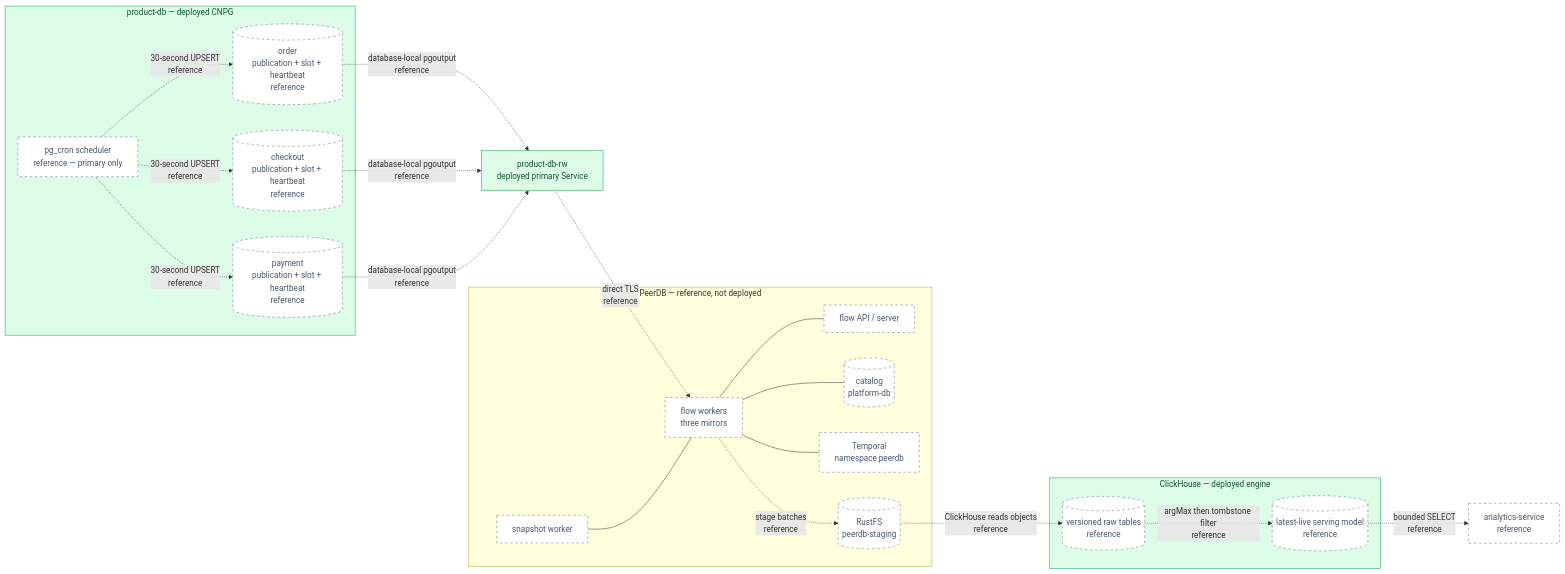
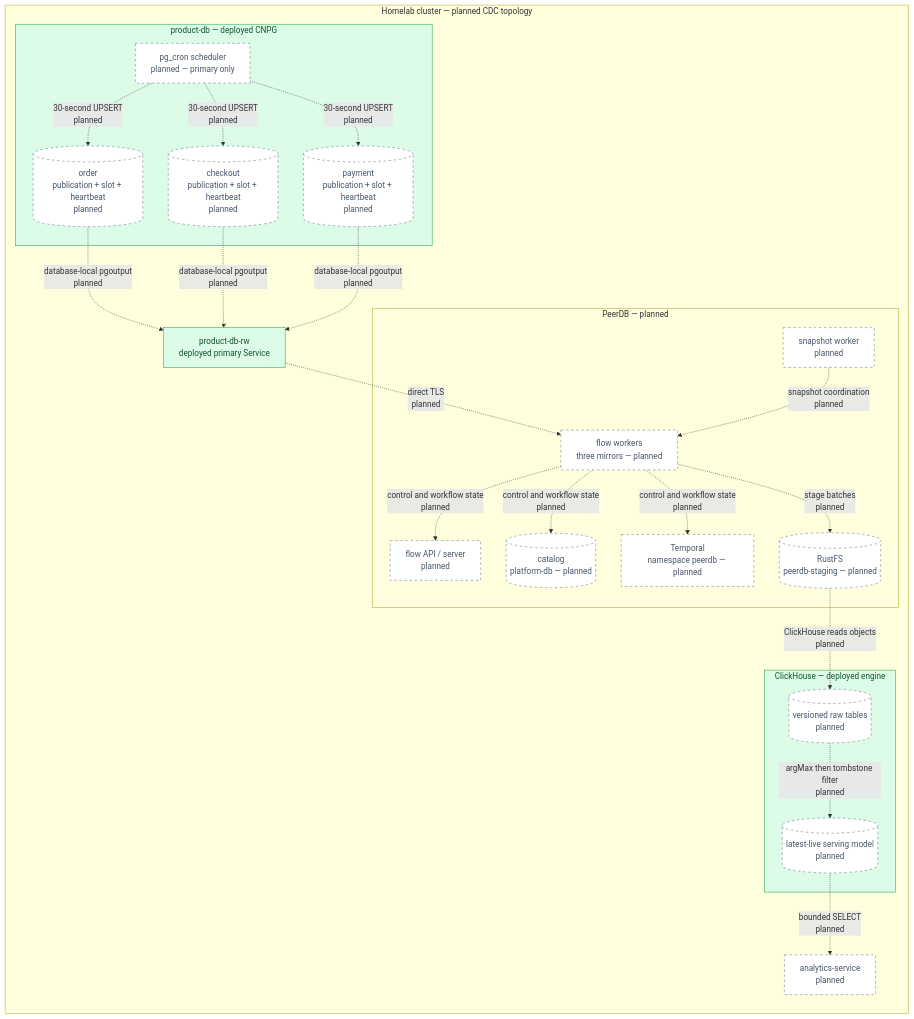
One commit to duynhlab/homelab changed the first of 2 diagrams in docs/proposals/rfc/RFC-0030/research.md. Above: the diagram before and after it, drawn with Mermaid. The commit also changed other lines of this file and 24 other files, not shown here.

````diff
--- a/docs/proposals/rfc/RFC-0030/research.md
+++ b/docs/proposals/rfc/RFC-0030/research.md
@@ -122,42 +126,45 @@
 ```mermaid
 flowchart LR
+  subgraph CLUSTER["Homelab cluster — planned CDC topology"]
   subgraph PG["product-db — deployed CNPG"]
-    CRON["pg_cron scheduler<br/>reference — primary only"]
-    ORD[("order<br/>publication + slot + heartbeat<br/>reference")]
-    CHECK[("checkout<br/>publication + slot + heartbeat<br/>reference")]
-    PAY[("payment<br/>publication + slot + heartbeat<br/>reference")]
+    CRON["pg_cron scheduler<br/>planned — primary only"]
+    ORD[("order<br/>publication + slot + heartbeat<br/>planned")]
+    CHECK[("checkout<br/>publication + slot + heartbeat<br/>planned")]
+    PAY[("payment<br/>publication + slot + heartbeat<br/>planned")]
   end
 
   RW["product-db-rw<br/>deployed primary Service"]
 
-  subgraph PDB["PeerDB — reference, not deployed"]
-    FLOW["flow workers<br/>three mirrors"]
-    SNAP["snapshot worker"]
-    CTRL["flow API / server"]
-    CAT[("catalog<br/>platform-db")]
-    TEMP["Temporal<br/>namespace peerdb"]
-    STAGE[("RustFS<br/>peerdb-staging")]
+  subgraph PDB["PeerDB — planned"]
+    FLOW["flow workers<br/>three mirrors — planned"]
+    SNAP["snapshot worker<br/>planned"]
+    CTRL["flow API / server<br/>planned"]
+    CAT[("catalog<br/>platform-db — planned")]
+    TEMP["Temporal<br/>namespace peerdb — planned"]
+    STAGE[("RustFS<br/>peerdb-staging — planned")]
   end
 
   subgraph CH["ClickHouse — deployed engine"]
-    RAW[("versioned raw tables<br/>reference")]
-    SERVE[("latest-live serving model<br/>reference")]
+    RAW[("versioned raw tables<br/>planned")]
+    SERVE[("latest-live serving model<br/>planned")]
   end
 
-  API["analytics-service<br/>reference"]
+  API["analytics-service<br/>planned"]
 
-  CRON -.->|"30-second UPSERT<br/>reference"| ORD & CHECK & PAY
-  ORD & CHECK & PAY -.->|"database-local pgoutput<br/>reference"| RW
-  RW -.->|"direct TLS<br/>reference"| FLOW
-  SNAP --- FLOW
-  FLOW --- CTRL & CAT & TEMP
-  FLOW -.->|"stage batches<br/>reference"| STAGE
-  STAGE -.->|"ClickHouse reads objects<br/>reference"| RAW
-  RAW -.->|"argMax then tombstone filter<br/>reference"| SERVE
-  SERVE -.->|"bounded SELECT<br/>reference"| API
+  CRON -.->|"30-second UPSERT<br/>planned"| ORD & CHECK & PAY
+  ORD & CHECK & PAY -.->|"database-local pgoutput<br/>planned"| RW
+  RW -.->|"direct TLS<br/>planned"| FLOW
+  SNAP -.->|"snapshot coordination<br/>planned"| FLOW
+  FLOW -.->|"control and workflow state<br/>planned"| CTRL & CAT & TEMP
+  FLOW -.->|"stage batches<br/>planned"| STAGE
+  STAGE -.->|"ClickHouse reads objects<br/>planned"| RAW
+  RAW -.->|"argMax then tombstone filter<br/>planned"| SERVE
+  SERVE -.->|"bounded SELECT<br/>planned"| API
+
+  end
 
   classDef data fill:#dcfce7,color:#14532d,stroke:#16a34a;
   classDef planned fill:#fff,color:#475569,stroke:#64748b,stroke-dasharray:5 5;
   class RW,PG,CH data;
   class CRON,ORD,CHECK,PAY,FLOW,SNAP,CTRL,CAT,TEMP,STAGE,RAW,SERVE,API planned;
 ```
````
